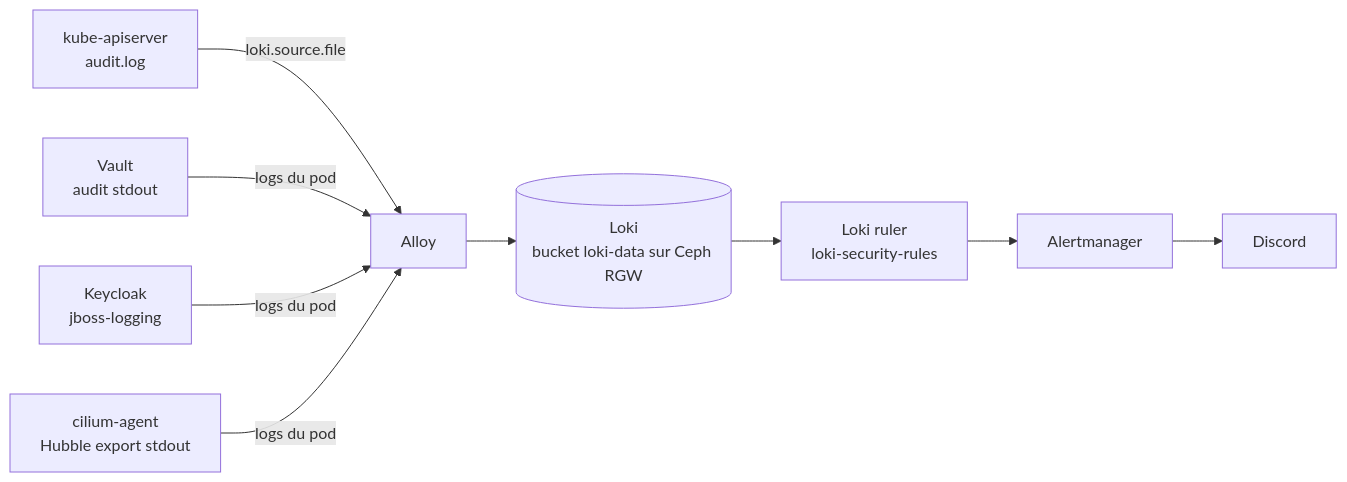
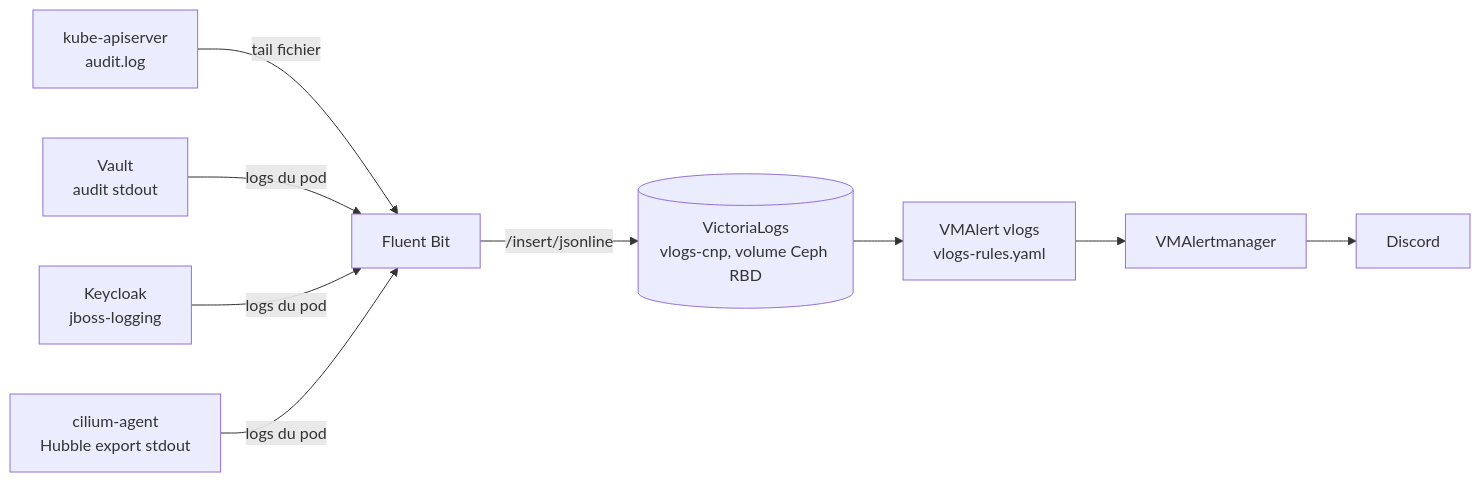
The diagram in docs/01-architecture/06-audit-logging.md (3-Istor/cnp-docs), drawn with Mermaid before and after one commit. The commit also changed other lines of this file and 228 other files, not shown here.

First line of the commit message:
docs(observability): retire Loki, Alloy and the VM cluster (CNP-276)

````diff
--- a/docs/01-architecture/06-audit-logging.md
+++ b/docs/01-architecture/06-audit-logging.md
@@ -16,10 +18,10 @@
 ```mermaid
 flowchart LR
-  api[kube-apiserver<br/>audit.log] -->|loki.source.file| alloy[Alloy]
-  vault[Vault<br/>audit stdout] -->|logs du pod| alloy
-  kc[Keycloak<br/>jboss-logging] -->|logs du pod| alloy
-  cil[cilium-agent<br/>Hubble export stdout] -->|logs du pod| alloy
-  alloy --> loki[(Loki<br/>bucket loki-data sur Ceph RGW)]
-  loki --> ruler[Loki ruler<br/>loki-security-rules]
-  ruler --> am[Alertmanager] --> discord[Discord]
+  api[kube-apiserver<br/>audit.log] -->|tail fichier| fb[Fluent Bit]
+  vault[Vault<br/>audit stdout] -->|logs du pod| fb
+  kc[Keycloak<br/>jboss-logging] -->|logs du pod| fb
+  cil[cilium-agent<br/>Hubble export stdout] -->|logs du pod| fb
+  fb -->|/insert/jsonline| vl[(VictoriaLogs<br/>vlogs-cnp, volume Ceph RBD)]
+  vl --> rules[VMAlert vlogs<br/>vlogs-rules.yaml]
+  rules --> am[VMAlertmanager] --> discord[Discord]
 ```
````
